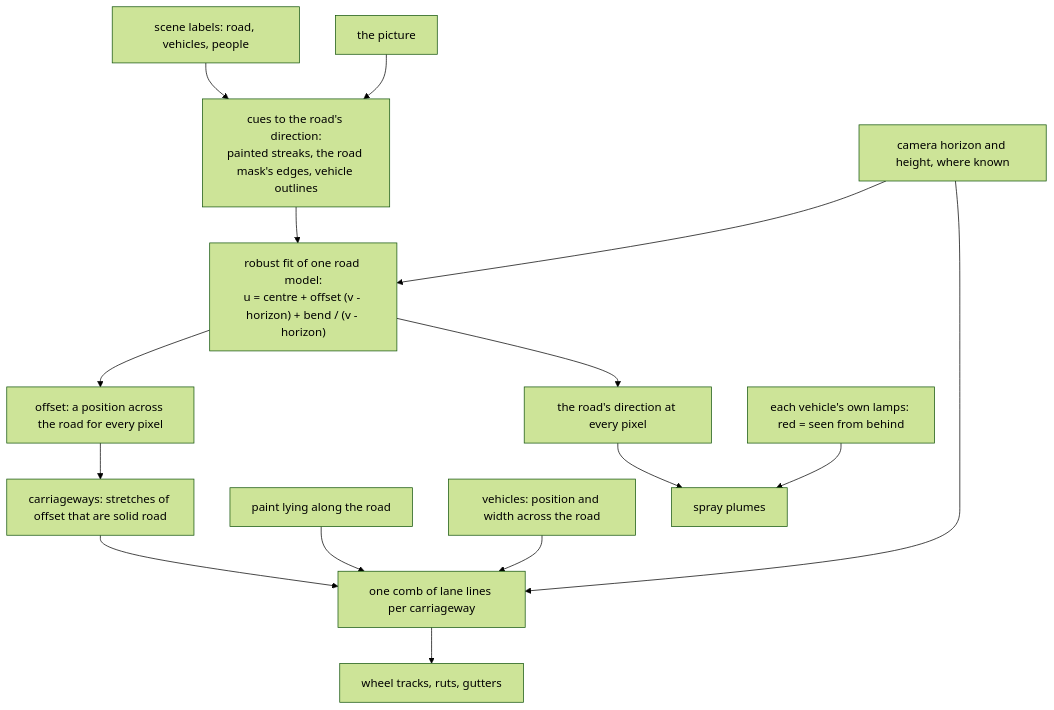
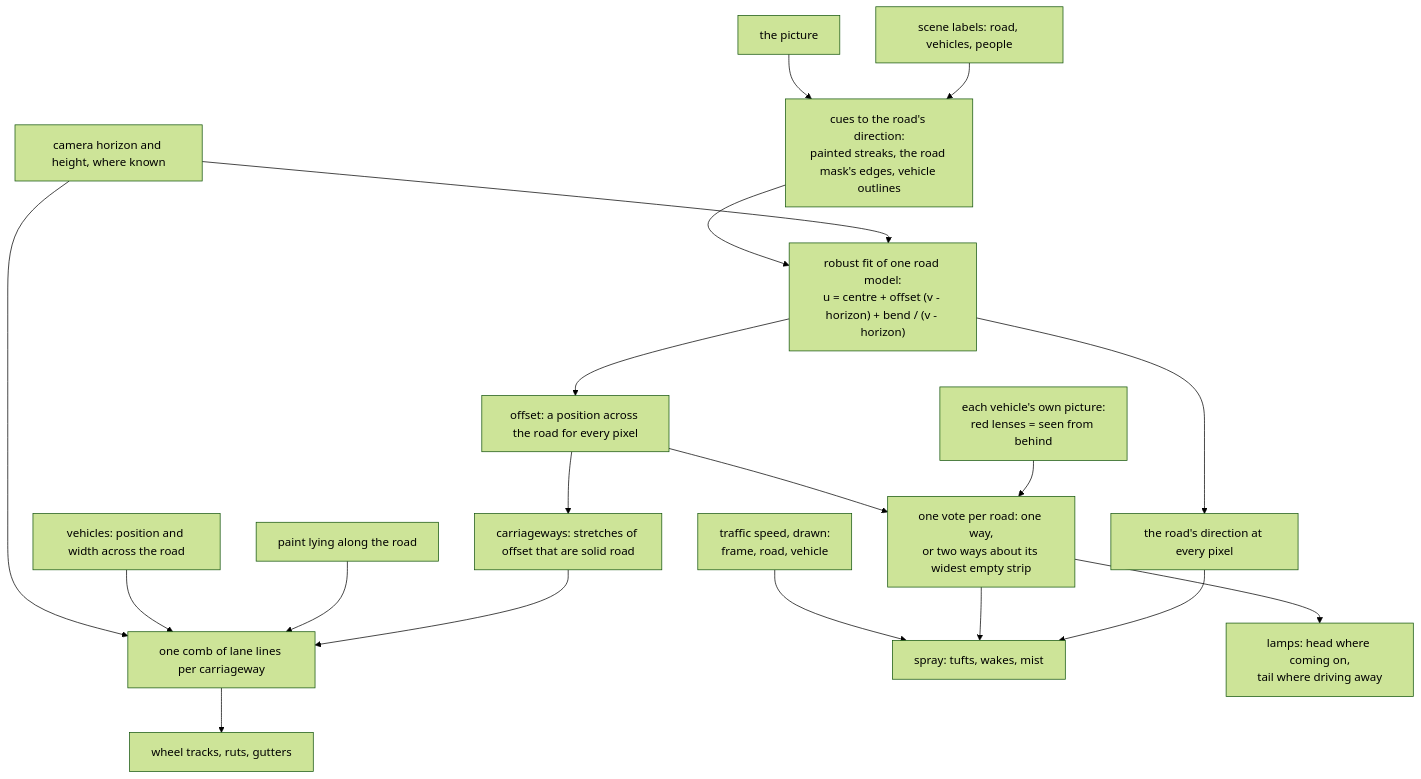
The diagram in docs/road_surface.md (desmoteo/surmentations), drawn with Mermaid (forest theme) before and after one commit. The commit also changed other lines of this file and 2 other files, not shown here.

First line of the commit message:
Road surface guide: which way traffic goes, how fast, and its lamps

````diff
--- a/docs/road_surface.md
+++ b/docs/road_surface.md
@@ -33,17 +42,21 @@
 ```mermaid
 flowchart TD
     L["scene labels: road, vehicles, people"] --> CUES
     IMG["the picture"] --> CUES["cues to the road's direction:<br/>painted streaks, the road mask's edges, vehicle outlines"]
     GEO["camera horizon and height, where known"] --> FIT
     CUES --> FIT["robust fit of one road model:<br/>u = centre + offset (v - horizon) + bend / (v - horizon)"]
     FIT --> OFF["offset: a position across the road for every pixel"]
     OFF --> CARR["carriageways: stretches of offset that are solid road"]
     CARR --> COMB["one comb of lane lines per carriageway"]
     PAINT["paint lying along the road"] --> COMB
     VEH["vehicles: position and width across the road"] --> COMB
     GEO --> COMB
     COMB --> TRACKS["wheel tracks, ruts, gutters"]
     FIT --> DIR["the road's direction at every pixel"]
-    DIR --> SPRAY["spray plumes"]
-    LAMPS["each vehicle's own lamps: red = seen from behind"] --> SPRAY
+    DIR --> SPRAY["spray: tufts, wakes, mist"]
+    LENS["each vehicle's own picture:<br/>red lenses = seen from behind"] --> VOTE
+    OFF --> VOTE["one vote per road: one way,<br/>or two ways about its widest empty strip"]
+    VOTE --> SPRAY
+    SPEED["traffic speed, drawn:<br/>frame, road, vehicle"] --> SPRAY
+    VOTE --> LIT["lamps: head where coming on,<br/>tail where driving away"]
 ```
````
